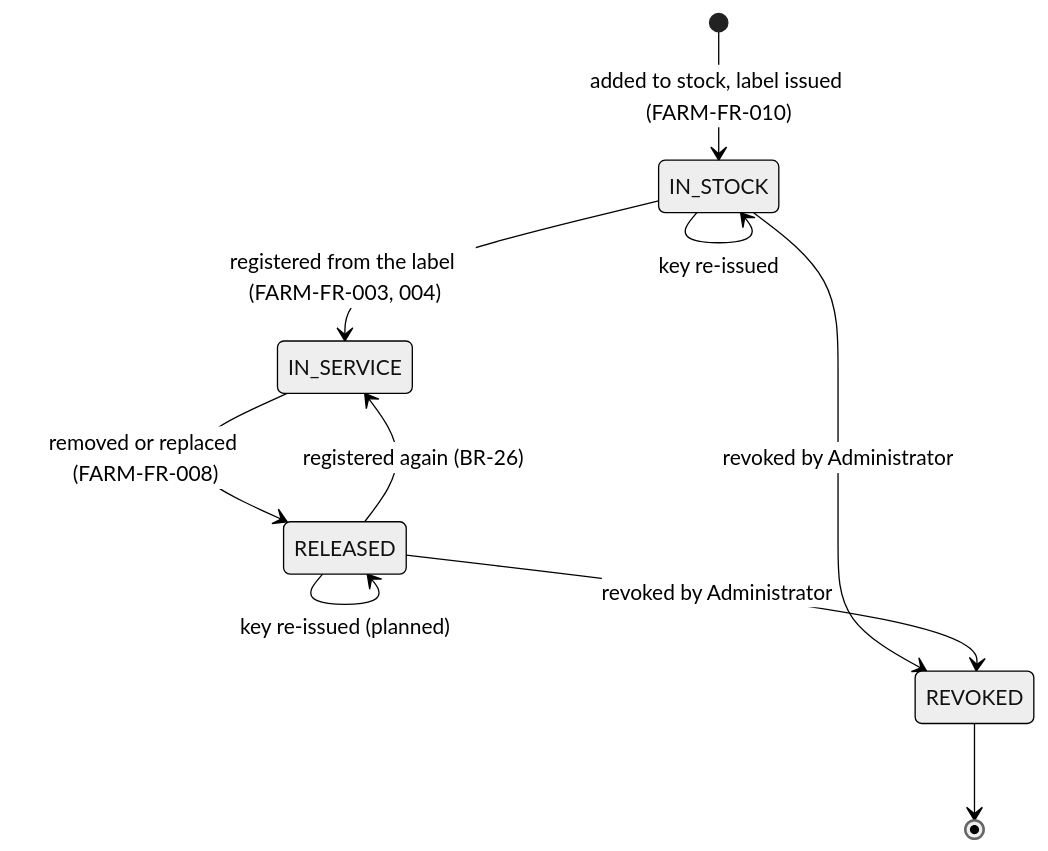
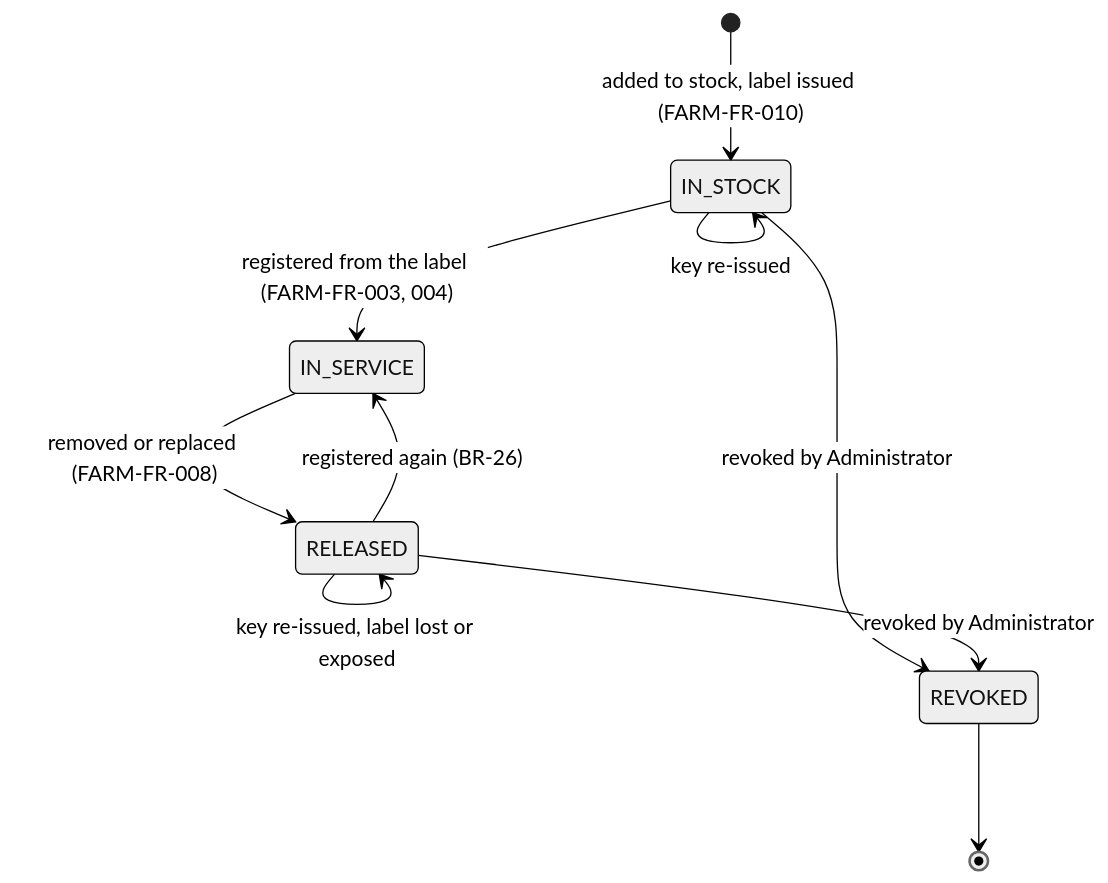
Before and after one commit to NBao261/SwiftletCare_KLTN: diagram 18 of 35 in docs/reports/report4-sdd.md, drawn with Mermaid (neutral theme). The commit also changed other lines of this file and 21 other files, not shown here.

````diff
--- a/docs/reports/report4-sdd.md
+++ b/docs/reports/report4-sdd.md
@@ -838,12 +952,12 @@
 ```mermaid
 stateDiagram-v2
   [*] --> IN_STOCK : added to stock, label issued (FARM-FR-010)
   IN_STOCK --> IN_SERVICE : registered from the label (FARM-FR-003, 004)
   IN_SERVICE --> RELEASED : removed or replaced (FARM-FR-008)
   RELEASED --> IN_SERVICE : registered again (BR-26)
   IN_STOCK --> IN_STOCK : key re-issued
-  RELEASED --> RELEASED : key re-issued (planned)
+  RELEASED --> RELEASED : key re-issued, label lost or exposed
   IN_STOCK --> REVOKED : revoked by Administrator
   RELEASED --> REVOKED : revoked by Administrator
   REVOKED --> [*]
 ```
````
